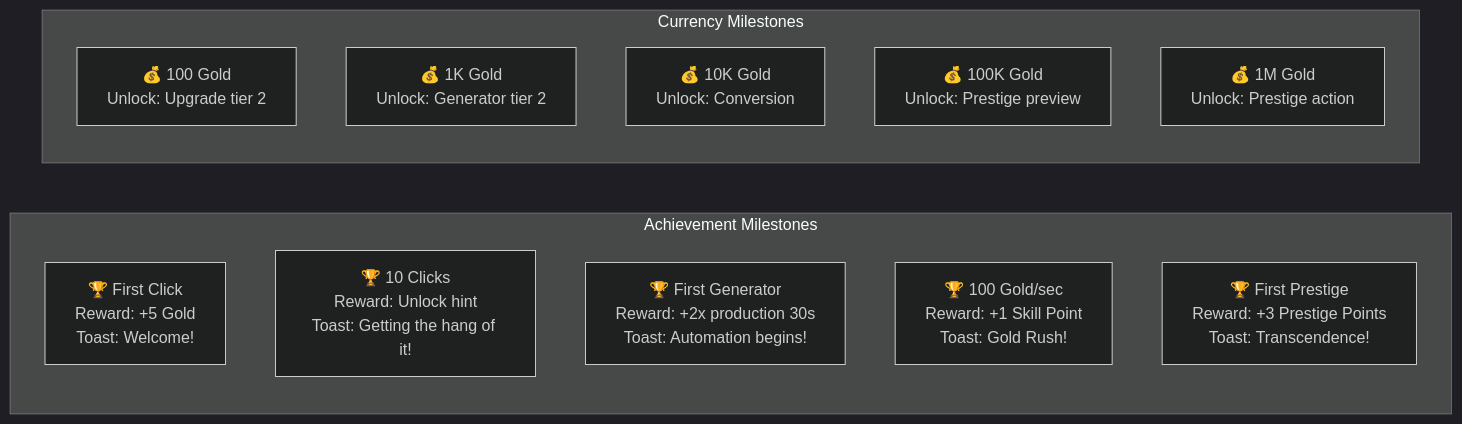
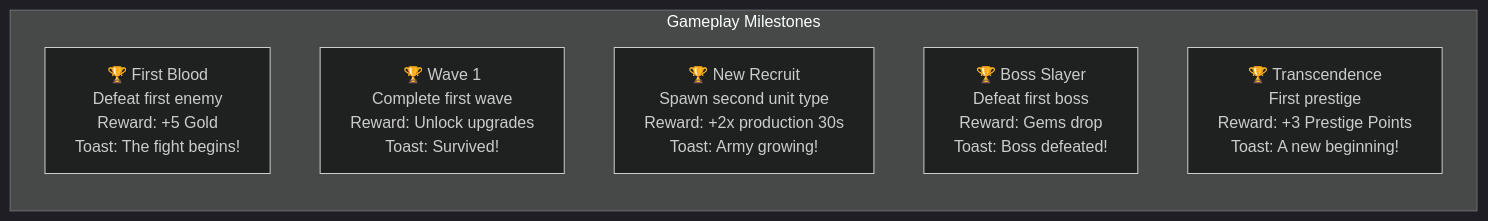
Before and after one commit to J-Gierend/gamePocGen: the fifth of 6 diagrams in prompts/phase2-gdd/progression.md, drawn with Mermaid (dark theme). The commit also changed other lines of this file and 9 other files, not shown here.

Commit message:
checkpoint before prompt rewrite: gameplay-first redesign

````diff
--- a/prompts/phase2-gdd/progression.md
+++ b/prompts/phase2-gdd/progression.md
@@ -136,18 +141,10 @@
 ```mermaid
 graph LR
-    subgraph "Achievement Milestones"
-        M1["🏆 First Click\nReward: +5 Gold\nToast: Welcome!"]
-        M2["🏆 10 Clicks\nReward: Unlock hint\nToast: Getting the hang of it!"]
-        M3["🏆 First Generator\nReward: +2x production 30s\nToast: Automation begins!"]
-        M4["🏆 100 Gold/sec\nReward: +1 Skill Point\nToast: Gold Rush!"]
-        M5["🏆 First Prestige\nReward: +3 Prestige Points\nToast: Transcendence!"]
-    end
-
-    subgraph "Currency Milestones"
-        CM1["💰 100 Gold\nUnlock: Upgrade tier 2"]
-        CM2["💰 1K Gold\nUnlock: Generator tier 2"]
-        CM3["💰 10K Gold\nUnlock: Conversion"]
-        CM4["💰 100K Gold\nUnlock: Prestige preview"]
-        CM5["💰 1M Gold\nUnlock: Prestige action"]
+    subgraph "Gameplay Milestones"
+        M1["🏆 First Blood\nDefeat first enemy\nReward: +5 Gold\nToast: The fight begins!"]
+        M2["🏆 Wave 1\nComplete first wave\nReward: Unlock upgrades\nToast: Survived!"]
+        M3["🏆 New Recruit\nSpawn second unit type\nReward: +2x production 30s\nToast: Army growing!"]
+        M4["🏆 Boss Slayer\nDefeat first boss\nReward: Gems drop\nToast: Boss defeated!"]
+        M5["🏆 Transcendence\nFirst prestige\nReward: +3 Prestige Points\nToast: A new beginning!"]
     end
 ```
````
